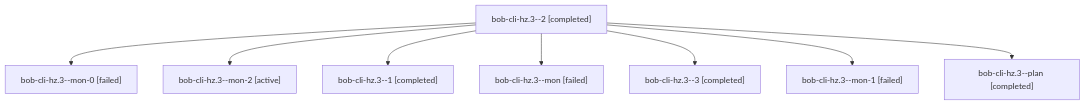
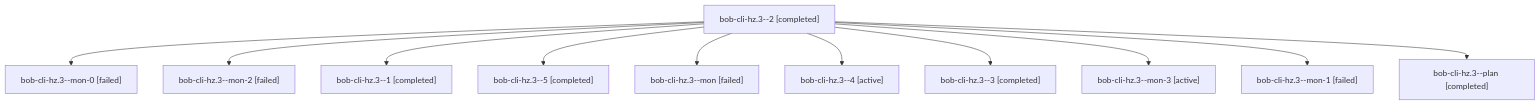
One commit to bobs-org/bob-cli--agents changed the diagram in sessions/bbugyi200.athena.bob-cli-hz.3.md. Above: the diagram before and after it, drawn with Mermaid. The commit also changed other lines of this file and 42 other files, not shown here.

````diff
--- a/sessions/bbugyi200.athena.bob-cli-hz.3.md
+++ b/sessions/bbugyi200.athena.bob-cli-hz.3.md
@@ -9,18 +9,24 @@
 ```mermaid
 flowchart TD
   n0["bob-cli-hz.3--2 [completed]"]
   n1["bob-cli-hz.3--mon-0 [failed]"]
   n0 --> n1
-  n2["bob-cli-hz.3--mon-2 [active]"]
+  n2["bob-cli-hz.3--mon-2 [failed]"]
   n0 --> n2
   n3["bob-cli-hz.3--1 [completed]"]
   n0 --> n3
-  n4["bob-cli-hz.3--mon [failed]"]
+  n4["bob-cli-hz.3--5 [completed]"]
   n0 --> n4
-  n5["bob-cli-hz.3--3 [completed]"]
+  n5["bob-cli-hz.3--mon [failed]"]
   n0 --> n5
-  n6["bob-cli-hz.3--mon-1 [failed]"]
+  n6["bob-cli-hz.3--4 [active]"]
   n0 --> n6
-  n7["bob-cli-hz.3--plan [completed]"]
+  n7["bob-cli-hz.3--3 [completed]"]
   n0 --> n7
+  n8["bob-cli-hz.3--mon-3 [active]"]
+  n0 --> n8
+  n9["bob-cli-hz.3--mon-1 [failed]"]
+  n0 --> n9
+  n10["bob-cli-hz.3--plan [completed]"]
+  n0 --> n10
 ```
````
